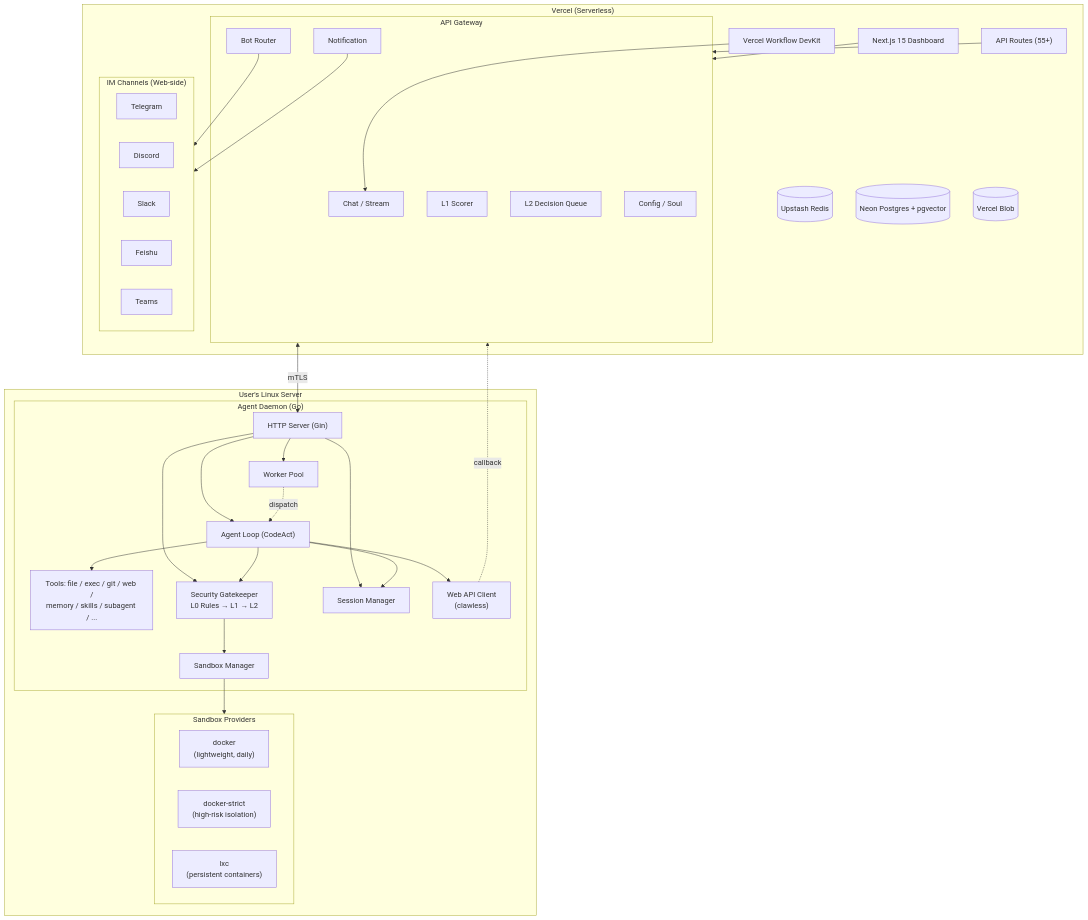
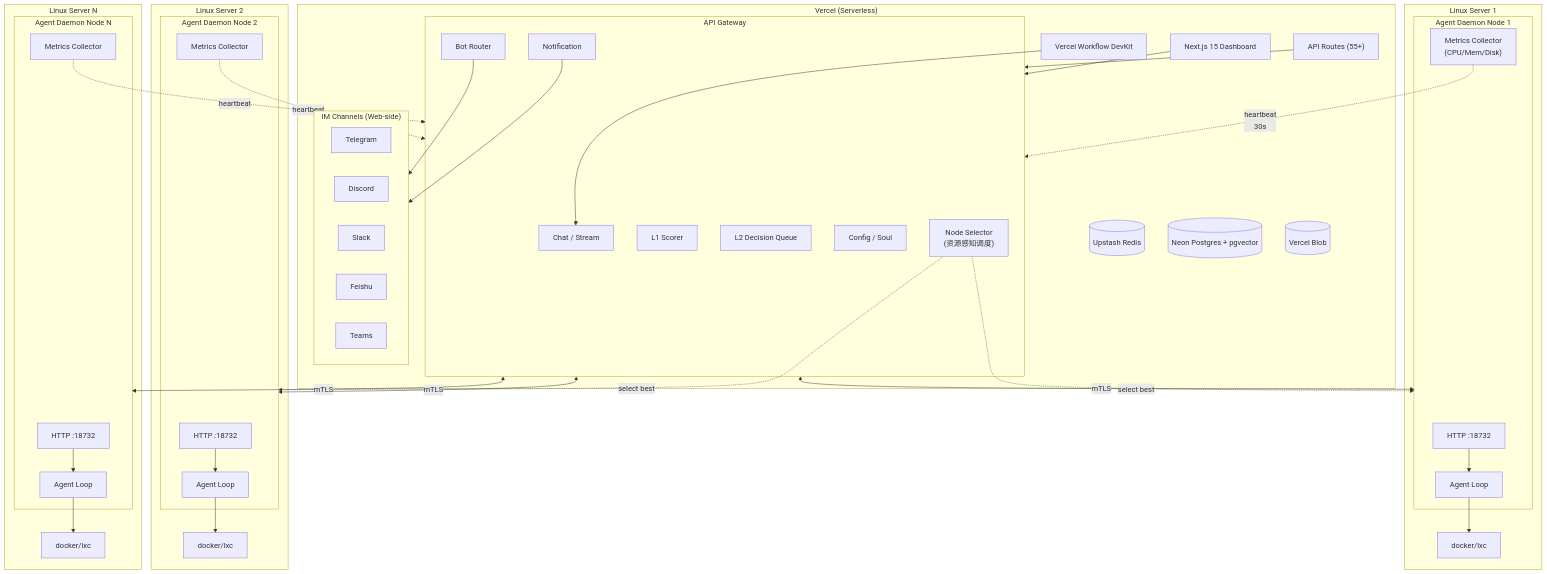
Before and after one commit to NekoSekaiMoe/agentboster: the diagram in README.md, drawn with Mermaid. The commit also changed other lines of this file and 1 other file, not shown here.

Commit message:
docs: Update README with multi-node scheduling architecture
Update both Chinese and English README to reflect:
- New multi-node architecture diagram with resource-aware scheduler
- Multi-node scheduling feature in Web features list
- Node registration and agent self-selection in Daemon features
- Resource monitoring tech (CPU model/usage, memory, disk) in tech stack

````diff
--- a/README.md
+++ b/README.md
@@ -39,65 +39,78 @@
 ```mermaid
 flowchart TB
     subgraph Vercel["Vercel (Serverless)"]
         Web["Next.js 15 Dashboard"]
         API["API Routes (55+)"]
         Wf["Vercel Workflow DevKit"]
         subgraph Gateway["API Gateway"]
             Chat["Chat / Stream"]
             BotR["Bot Router"]
             L1["L1 Scorer"]
             L2Q["L2 Decision Queue"]
             CfgMgmt["Config / Soul"]
             Notif["Notification"]
+            NodeSel["Node Selector<br/>(资源感知调度)"]
         end
         subgraph IM["IM Channels (Web-side)"]
             Tg["Telegram"]
             Dc["Discord"]
             Sk["Slack"]
             Fs["Feishu"]
             Tm["Teams"]
         end
         KV[("Upstash Redis")]
         DB[("Neon Postgres + pgvector")]
         Blob[("Vercel Blob")]
     end
 
     Web --> Gateway
     API --> Gateway
     Wf --> Chat
     BotR --> IM
     Notif --> IM
 
-    Gateway <-->|"mTLS"| DaemonSrv
+    Gateway <-->|"mTLS"| Node1
+    Gateway <-->|"mTLS"| Node2
+    Gateway <-->|"mTLS"| NodeN
+    NodeSel -.->|"select best"| Node1
+    NodeSel -.->|"select best"| Node2
 
-    subgraph Linux["User's Linux Server"]
-        subgraph Daemon["Agent Daemon (Go)"]
-            DaemonSrv["HTTP Server (Gin)"]
-            AgentLoop["Agent Loop (CodeAct)"]
-            Tools["Tools: file / exec / git / web /<br/>memory / skills / subagent / ..."]
-            Gate["Security Gatekeeper<br/>L0 Rules → L1 → L2"]
-            SbxMgr["Sandbox Manager"]
-            SesMgr["Session Manager"]
-            Pool["Worker Pool"]
-            Claw["Web API Client<br/>(clawless)"]
+    subgraph Linux1["Linux Server 1"]
+        subgraph Node1["Agent Daemon Node 1"]
+            Srv1["HTTP :18732"]
+            Loop1["Agent Loop"]
+            Metrics1["Metrics Collector<br/>(CPU/Mem/Disk)"]
         end
-        subgraph SP["Sandbox Providers"]
-            DokL["docker<br/>(lightweight, daily)"]
-            DokS["docker-strict<br/>(high-risk isolation)"]
-            Lxc["lxc<br/>(persistent containers)"]
-        end
+        Sandbox1["docker/lxc"]
     end
 
-    DaemonSrv --> AgentLoop
-    DaemonSrv --> Gate
-    DaemonSrv --> SesMgr
-    DaemonSrv --> Pool
-    AgentLoop --> Tools
-    AgentLoop --> Gate
-    Gate --> SbxMgr
-    SbxMgr --> SP
-    AgentLoop --> SesMgr
-    AgentLoop --> Claw
-    Pool -.->|"dispatch"| AgentLoop
-    Claw -.->|"callback"| Gateway
+    subgraph Linux2["Linux Server 2"]
+        subgraph Node2["Agent Daemon Node 2"]
+            Srv2["HTTP :18732"]
+            Loop2["Agent Loop"]
+            Metrics2["Metrics Collector"]
+        end
+        Sandbox2["docker/lxc"]
+    end
+
+    subgraph LinuxN["Linux Server N"]
+        subgraph NodeN["Agent Daemon Node N"]
+            SrvN["HTTP :18732"]
+            LoopN["Agent Loop"]
+            MetricsN["Metrics Collector"]
+        end
+        SandboxN["docker/lxc"]
+    end
+
+    Srv1 --> Loop1
+    Loop1 --> Sandbox1
+    Metrics1 -.->|"heartbeat<br/>30s"| Gateway
+
+    Srv2 --> Loop2
+    Loop2 --> Sandbox2
+    Metrics2 -.->|"heartbeat"| Gateway
+
+    SrvN --> LoopN
+    LoopN --> SandboxN
+    MetricsN -.->|"heartbeat"| Gateway
 ```
````
